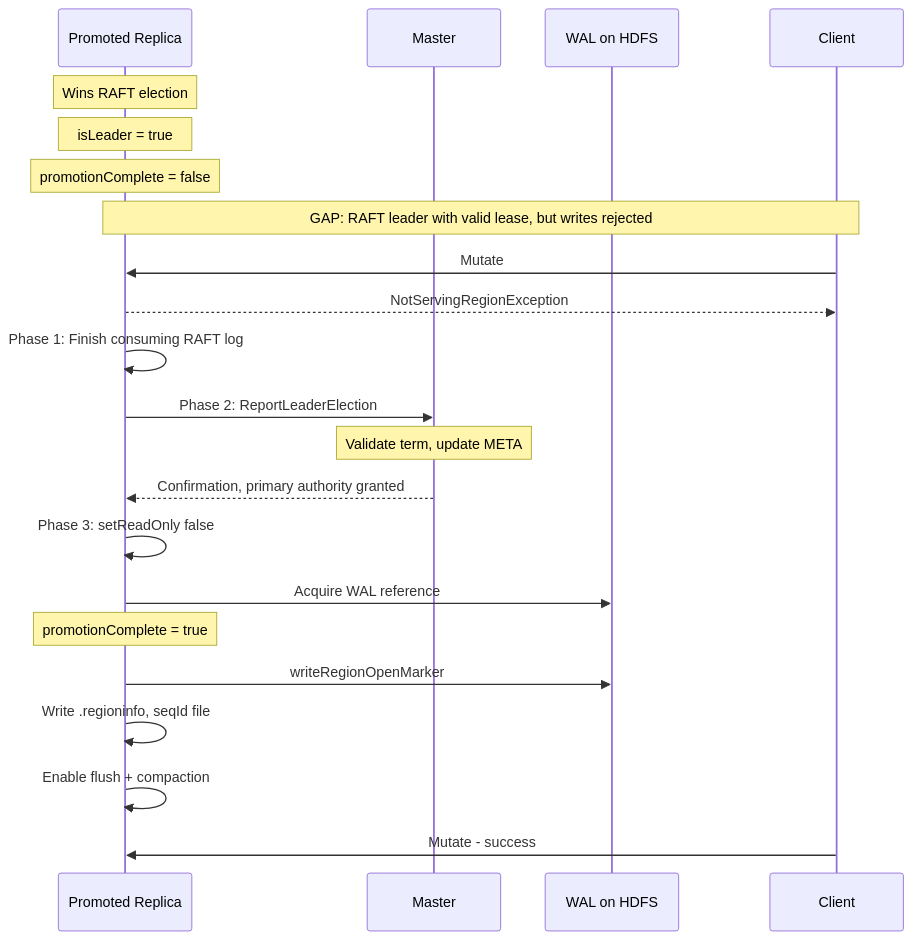
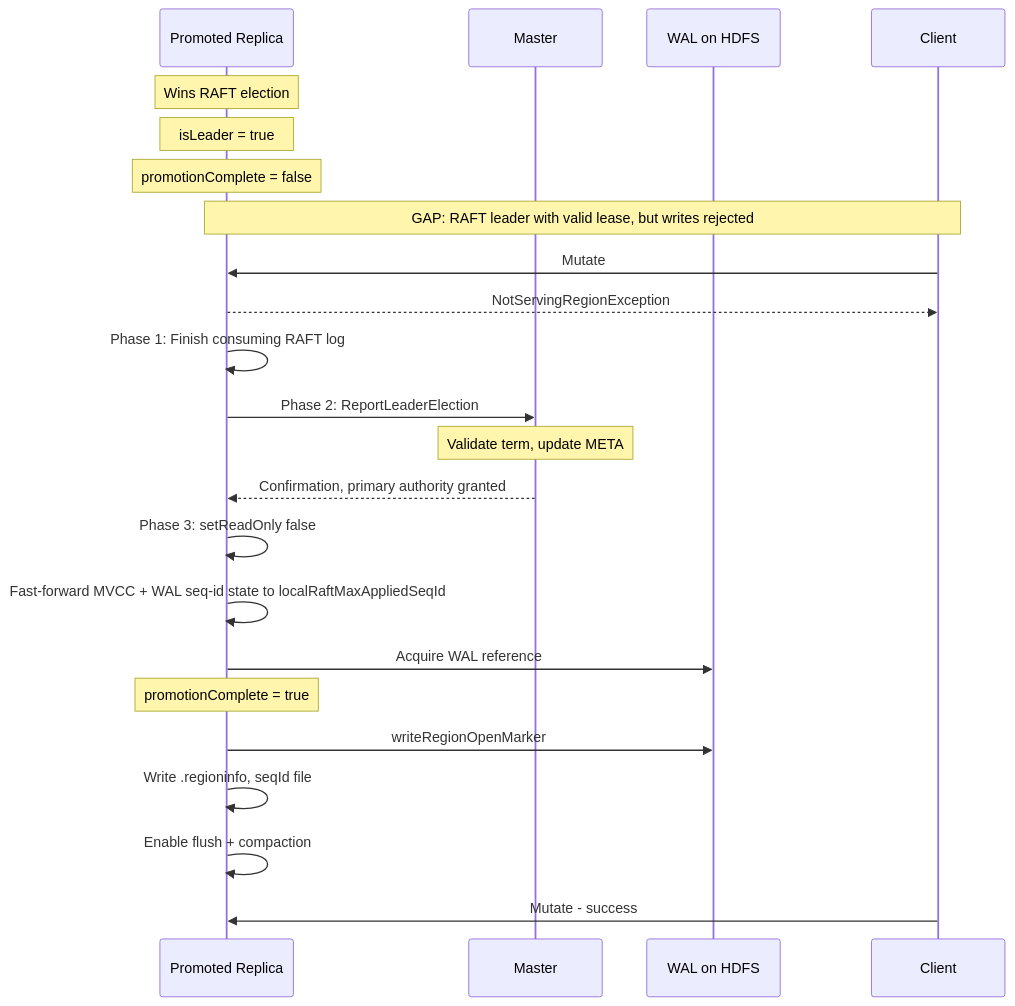
Diagram 13 of 17 in RAFT_REGION_REPLICAS.md (apurtell/hbase), drawn with Mermaid before and after one commit. The commit also changed other lines of this file and 17 other files, not shown here.

````diff
--- a/RAFT_REGION_REPLICAS.md
+++ b/RAFT_REGION_REPLICAS.md
@@ -1002,33 +1050,34 @@
 ```mermaid
 sequenceDiagram
     participant R as Promoted Replica
     participant M as Master
     participant WAL as WAL on HDFS
     participant C as Client
 
     Note over R: Wins RAFT election
     Note over R: isLeader = true
     Note over R: promotionComplete = false
 
     Note over R,C: GAP: RAFT leader with valid lease, but writes rejected
 
     C->>R: Mutate
     R-->>C: NotServingRegionException
 
     R->>R: Phase 1: Finish consuming RAFT log
 
     R->>M: Phase 2: ReportLeaderElection
     Note over M: Validate term, update META
     M-->>R: Confirmation, primary authority granted
 
     R->>R: Phase 3: setReadOnly false
+    R->>R: Fast-forward MVCC + WAL seq-id state to localRaftMaxAppliedSeqId
     R->>WAL: Acquire WAL reference
 
     Note over R: promotionComplete = true
 
     R->>WAL: writeRegionOpenMarker
     R->>R: Write .regioninfo, seqId file
     R->>R: Enable flush + compaction
 
     C->>R: Mutate - success
 ```
````
